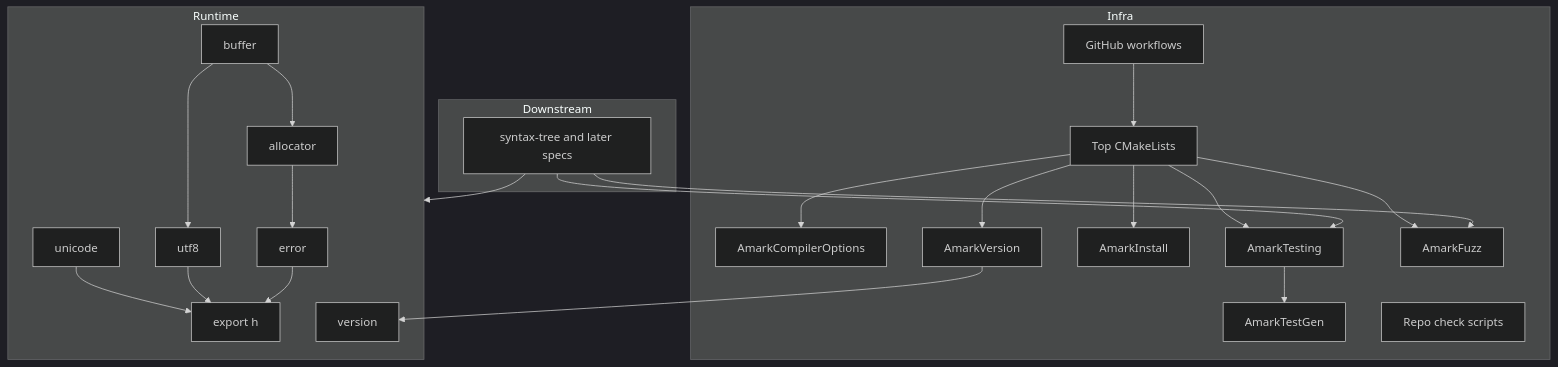
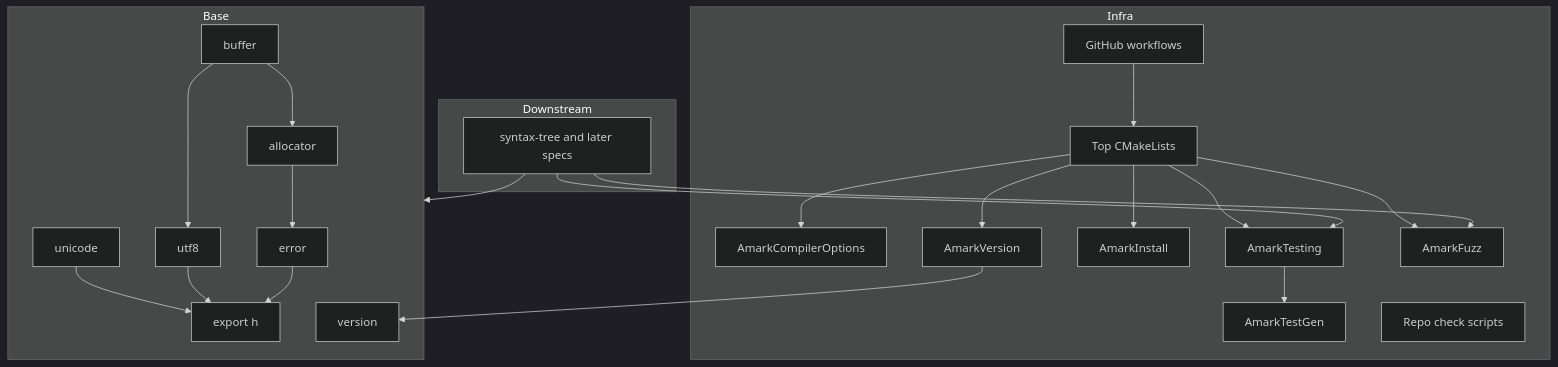
The first of 4 diagrams in .kiro/specs/foundation/design.md (ktdevx/amark-private2), drawn with Mermaid (dark theme) before and after one commit. The commit also changed other lines of this file and 16 other files, not shown here.

First line of the commit message:
Refactor terminology from "common runtime" to "common base" across specifications

````diff
--- a/.kiro/specs/foundation/design.md
+++ b/.kiro/specs/foundation/design.md
@@ -82,43 +82,43 @@
 ```mermaid
 graph TB
     subgraph Infra
         TopCMake[Top CMakeLists]
         CompilerOpts[AmarkCompilerOptions]
         VersionMod[AmarkVersion]
         InstallMod[AmarkInstall]
         TestingMod[AmarkTesting]
         TestGenMod[AmarkTestGen]
         FuzzMod[AmarkFuzz]
         Checks[Repo check scripts]
         Workflows[GitHub workflows]
     end
-    subgraph Runtime
+    subgraph Base
         Export[export h]
         Version[version]
         Error[error]
         Allocator[allocator]
         Buffer[buffer]
         Utf8[utf8]
         Unicode[unicode]
     end
     subgraph Downstream
         Tree[syntax-tree and later specs]
     end
     TopCMake --> CompilerOpts
     TopCMake --> VersionMod
     TopCMake --> InstallMod
     TopCMake --> TestingMod
     TopCMake --> FuzzMod
     TestingMod --> TestGenMod
     VersionMod --> Version
     Buffer --> Allocator
     Buffer --> Utf8
     Allocator --> Error
     Unicode --> Export
     Utf8 --> Export
     Error --> Export
-    Tree --> Runtime
+    Tree --> Base
     Tree --> TestingMod
     Tree --> FuzzMod
     Workflows --> TopCMake
 ```
````
